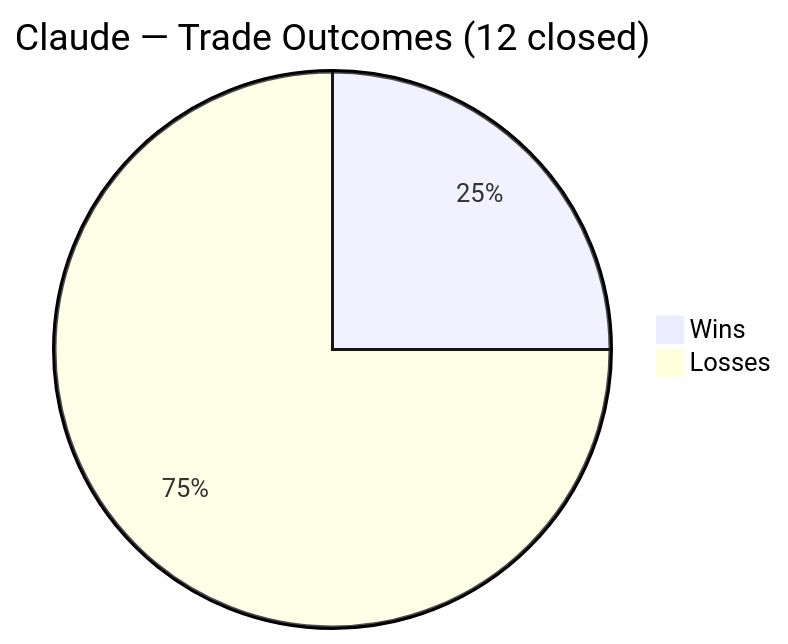
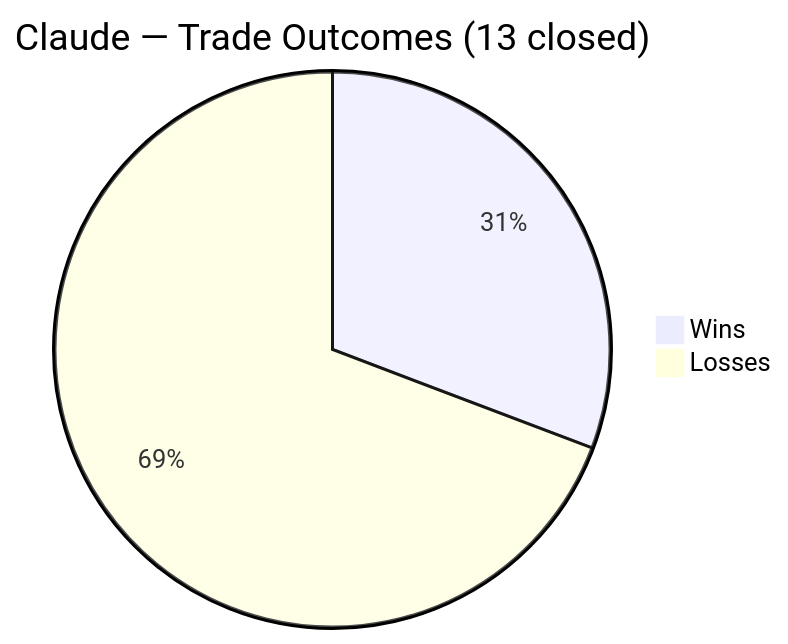
The third of 5 diagrams in README.md (zachisit/ai-auto-buy-thesis), drawn with Mermaid before and after one commit. The commit also changed other lines of this file and 2 other files, not shown here.

Commit message:
Update README and add session logs for 6/8 — NCLH closed +$13.50 (first non-energy win), AAL buy stop placed

````diff
--- a/README.md
+++ b/README.md
@@ -47,5 +47,5 @@
 ```mermaid
-pie title Claude — Trade Outcomes (12 closed)
-    "Wins" : 3
+pie title Claude — Trade Outcomes (13 closed)
+    "Wins" : 4
     "Losses" : 9
 ```
````
